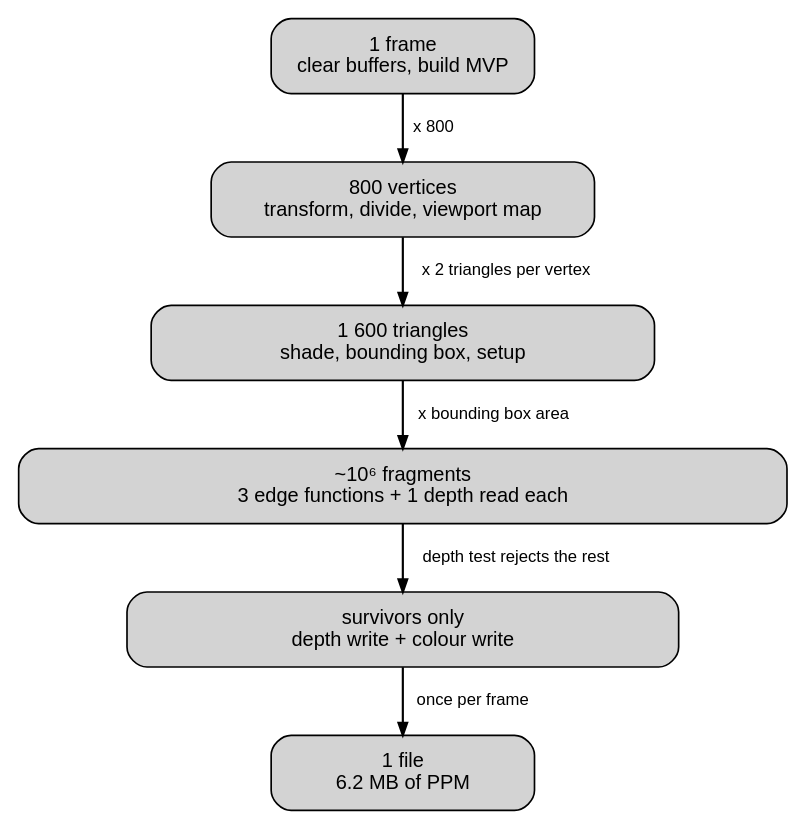
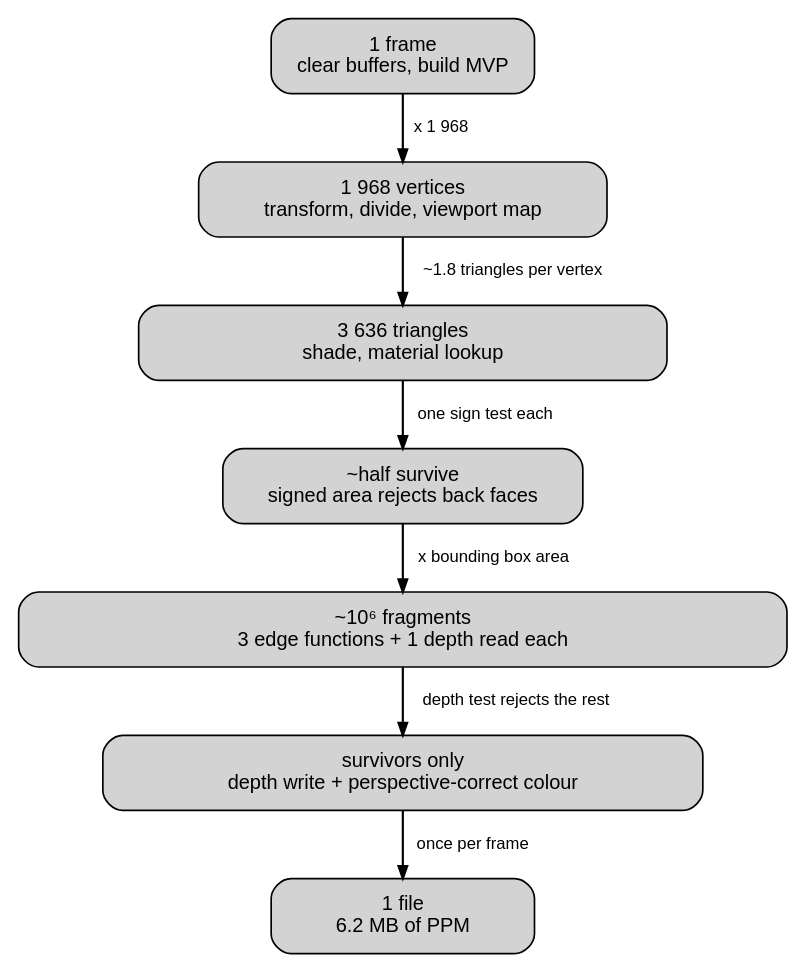
Before and after one commit to Hrishikesh-Acharyya/Rasterizer_Simulator: the diagram in Media/Graphs/work_amplification.dot, drawn with Graphviz. The commit also changed 10 other files, not shown here.

```diff
--- a/Media/Graphs/work_amplification.dot
+++ b/Media/Graphs/work_amplification.dot
@@ -1,35 +1,42 @@
 /*
- * How much work each stage does, per frame, for the default torus at 1920x1080.
+ * How much work each stage does, per frame, for solids_scene at 1920x1080.
  *
  * The ASCII pipeline in the README says what the stages ARE. This says how far
- * apart they are in cost: five orders of magnitude between one vertex and the
+ * apart they are in cost: four orders of magnitude between one vertex and the
  * fragments it helps cover. Node width is drawn in proportion, so the funnel is
  * visible rather than only stated.
  *
- * That spread is the whole architectural argument. Work at the narrow end is
- * worth doing carefully once per vertex; work at the wide end has to be cheap,
- * uniform and parallel, which is exactly the shape of fixed-function hardware.
+ * Note the narrowing at the cull. Backface rejection is the one place the
+ * funnel runs backwards -- a per-triangle sign test that removes roughly half
+ * the geometry before any per-pixel work happens. Cheap work placed upstream of
+ * expensive work is the whole trade.
+ *
+ * That spread is the architectural argument. Work at the narrow end is worth
+ * doing carefully once per vertex; work at the wide end has to be cheap,
+ * uniform and parallel, which is the shape of fixed-function hardware.
  *
  * Rendered to PNG by `make graphs`.
  */
 digraph work_amplification {
     rankdir = TB;
-    ranksep = 0.42;
+    ranksep = 0.40;
     fontname = "Helvetica";
     node [shape=box, style="filled,rounded", fontname="Helvetica", fontsize=12,
           fixedsize=true, height=0.62];
     edge [arrowsize=0.75, penwidth=1.3, fontname="Helvetica", fontsize=10];
 
-    frame     [label="1 frame\nclear buffers, build MVP",            width=2.2];
-    vertex    [label="800 vertices\ntransform, divide, viewport map", width=3.2];
-    triangle  [label="1 600 triangles\nshade, bounding box, setup",   width=4.2];
+    frame     [label="1 frame\nclear buffers, build MVP",              width=2.2];
+    vertex    [label="1 968 vertices\ntransform, divide, viewport map", width=3.4];
+    triangle  [label="3 636 triangles\nshade, material lookup",         width=4.4];
+    culled    [label="~half survive\nsigned area rejects back faces",   width=3.0];
     fragment  [label="~10⁶ fragments\n3 edge functions + 1 depth read each", width=6.4];
-    survivor  [label="survivors only\ndepth write + colour write",    width=4.6];
-    output    [label="1 file\n6.2 MB of PPM",                         width=2.2];
+    survivor  [label="survivors only\ndepth write + perspective-correct colour", width=5.0];
+    output    [label="1 file\n6.2 MB of PPM",                           width=2.2];
 
-    frame    -> vertex   [label="  x 800"];
-    vertex   -> triangle [label="  x 2 triangles per vertex"];
-    triangle -> fragment [label="  x bounding box area"];
+    frame    -> vertex   [label="  x 1 968"];
+    vertex   -> triangle [label="  ~1.8 triangles per vertex"];
+    triangle -> culled   [label="  one sign test each"];
+    culled   -> fragment [label="  x bounding box area"];
     fragment -> survivor [label="  depth test rejects the rest"];
     survivor -> output   [label="  once per frame"];
 }
```
